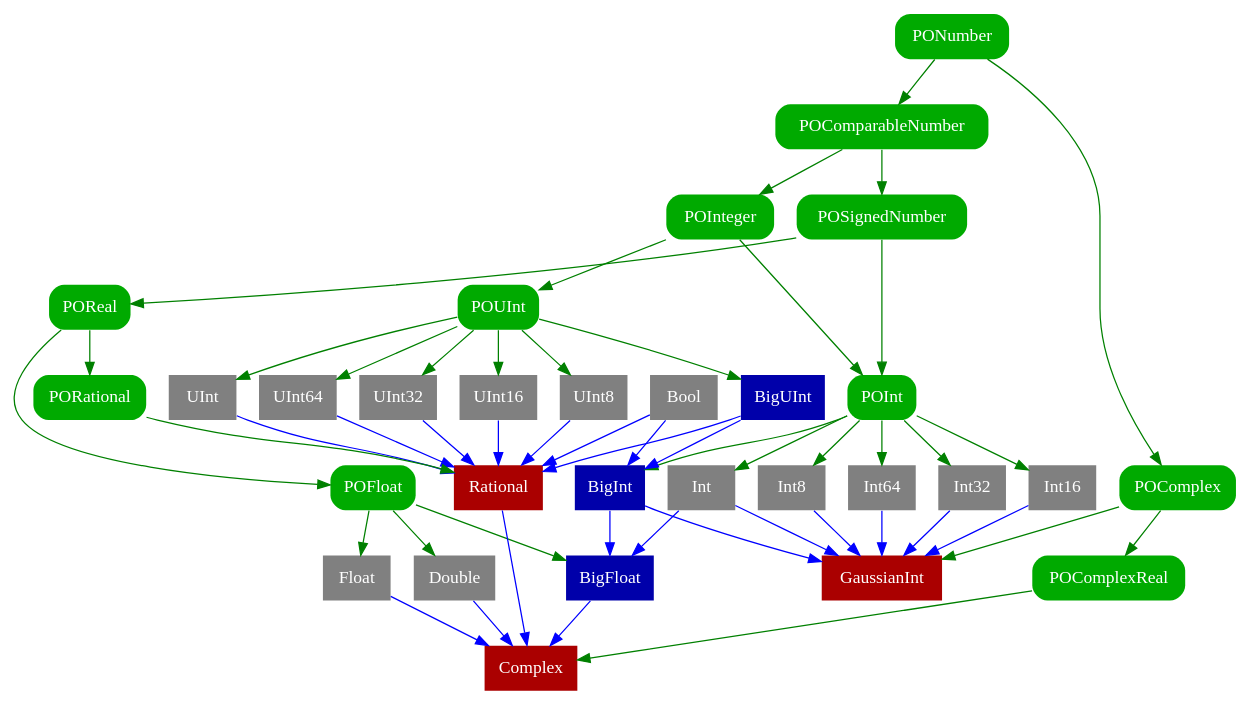
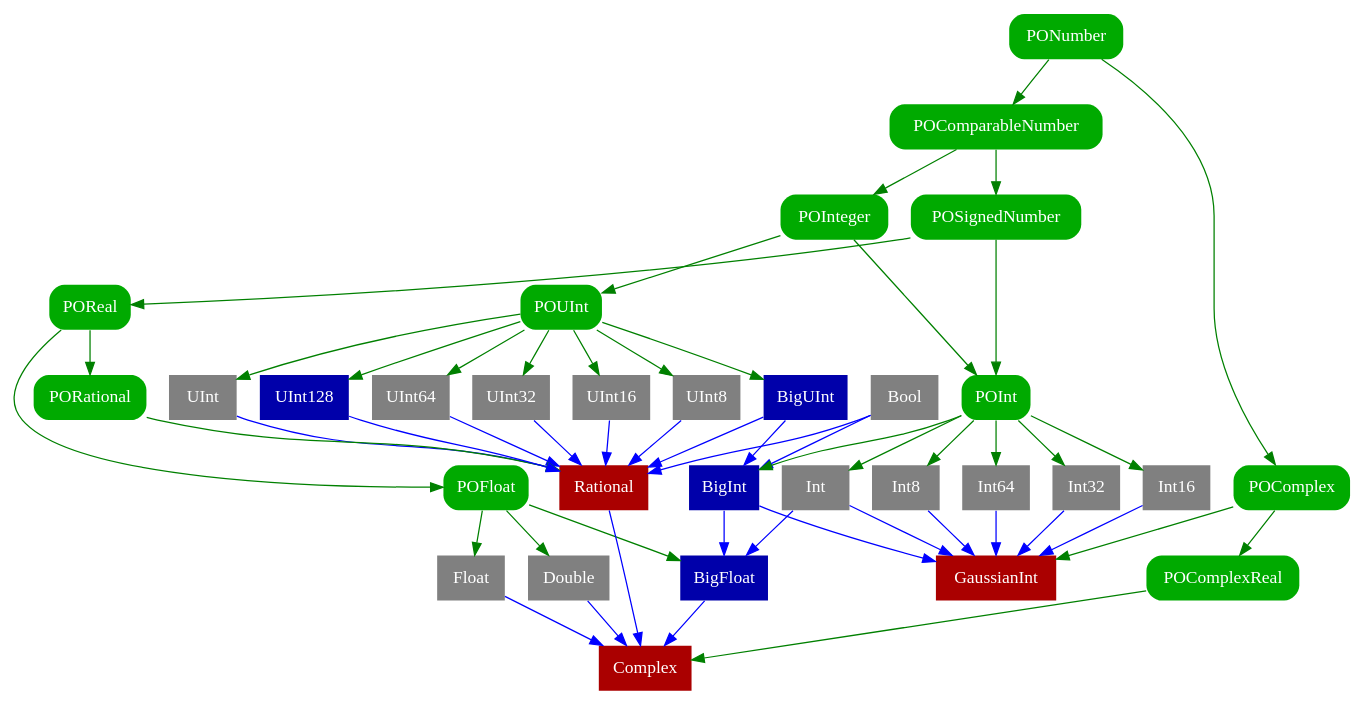
One commit to dankogai/swift2-pons changed the diagram in graph/typetree.dot. Above: the diagram before and after it, drawn with Graphviz. The commit also changed 1 other file, not shown here.

Commit message:
add UInt128 to typetree

```diff
--- a/graph/typetree.dot
+++ b/graph/typetree.dot
@@ -1,75 +1,77 @@
 digraph typetree {
   node [
     shape = box
     style = "filled, rounded"
     peripheries = 0
     fontname = "San Francisco"
     fontcolor = white
     fillcolor = "#aaaaaa"
   ]
   edge [
      color = green
   ]
   node [ fillcolor = gray style = "filled"]
   Bool
   Int64 Int32 Int16 Int8 Int UInt64 UInt32 UInt16 UInt8 UInt
   Double Float
   node [ fillcolor = "#00aa00" style = "filled, rounded"]
   PONumber POComparableNumber POSignedNumber POInteger
   POUInt POInt POReal POFloat POComplex POComplexReal PORational
   node [ fillcolor = "#0000aa" style="filled"]
-  BigUInt BigInt BigFloat
+  BigUInt BigInt BigFloat UInt128
   node [ fillcolor = "#aa0000" style="filled"]
   GaussianInt Complex Rational
 
   BigFloat -> Complex  [ color = blue ]
   BigInt -> BigFloat [ color = blue ]
   BigInt -> GaussianInt [ color = blue ]
   BigUInt -> BigInt [ color = blue ]
   BigUInt -> Rational [ color = blue ]
   Bool -> BigInt [ color = blue ]
   Bool -> Rational [ color = blue ]
   Double -> Complex  [ color = blue ]
   Float -> Complex  [ color = blue ]
   Int -> BigFloat [ color = blue ]
   Int -> GaussianInt [ color = blue ]
   Int16 -> GaussianInt [ color = blue ]
   Int32 -> GaussianInt [ color = blue ]
   Int64 -> GaussianInt [ color = blue ]
   Int8 -> GaussianInt [ color = blue ]
   POComparableNumber -> POInteger
   POComparableNumber -> POSignedNumber
   POComplex -> GaussianInt
   POComplex -> POComplexReal
   POComplexReal -> Complex
   POFloat -> BigFloat
   POFloat -> Double
   POFloat -> Float
   POInt -> BigInt
   POInt -> Int
   POInt -> Int16
   POInt -> Int32
   POInt -> Int64
   POInt -> Int8
   POInteger -> POInt  [ color = green ]
   POInteger -> POUInt
   PONumber -> POComparableNumber
   PONumber -> POComplex
   PORational -> Rational
   POReal -> POFloat
   POReal -> PORational
   POSignedNumber -> POInt
   POSignedNumber -> POReal
   POUInt -> BigUInt
   POUInt -> UInt
+  POUInt -> UInt128
   POUInt -> UInt16
   POUInt -> UInt32
   POUInt -> UInt64
   POUInt -> UInt8
   Rational -> Complex [ color = blue ]
   UInt -> Rational [ color = blue ]
+  UInt128 -> Rational [ color = blue ]
   UInt16 -> Rational [ color = blue ]
   UInt32 -> Rational [ color = blue ]
   UInt64 -> Rational [ color = blue ]
   UInt8  -> Rational [ color = blue ]
 }
```
